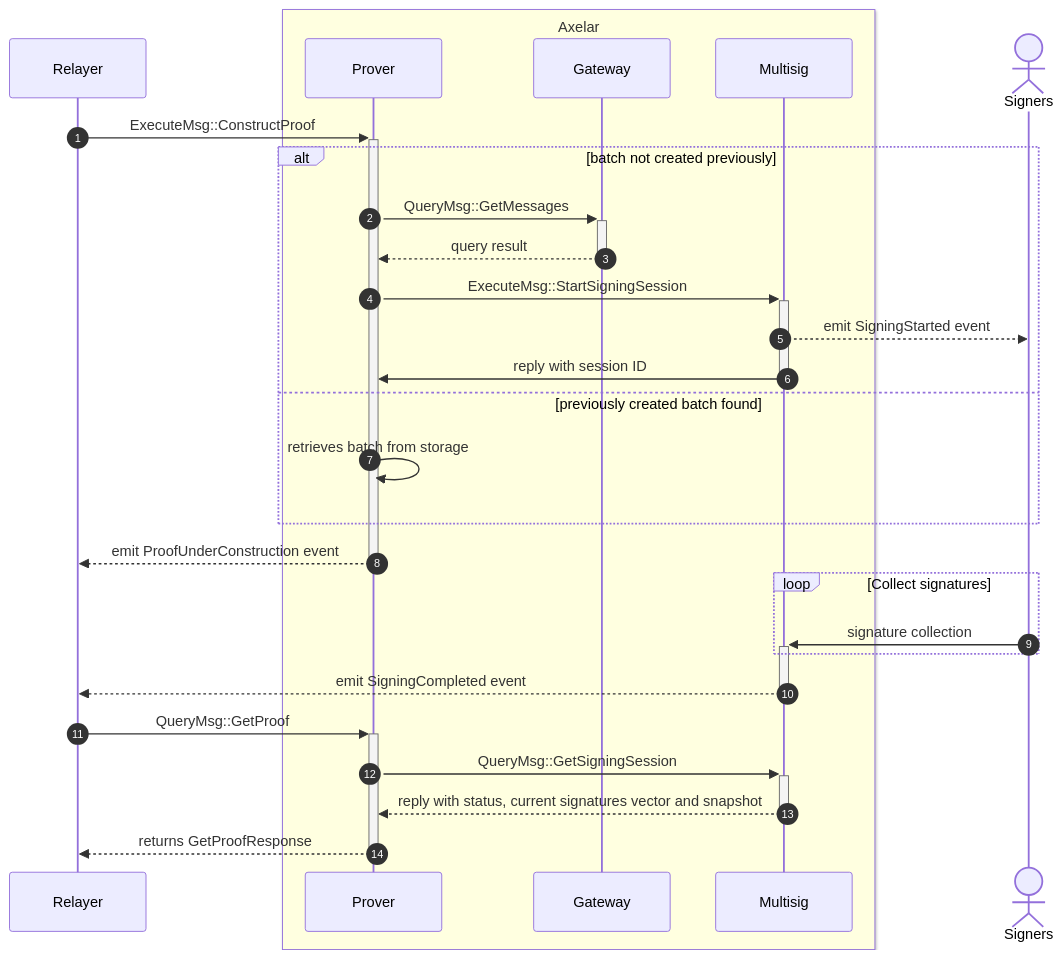
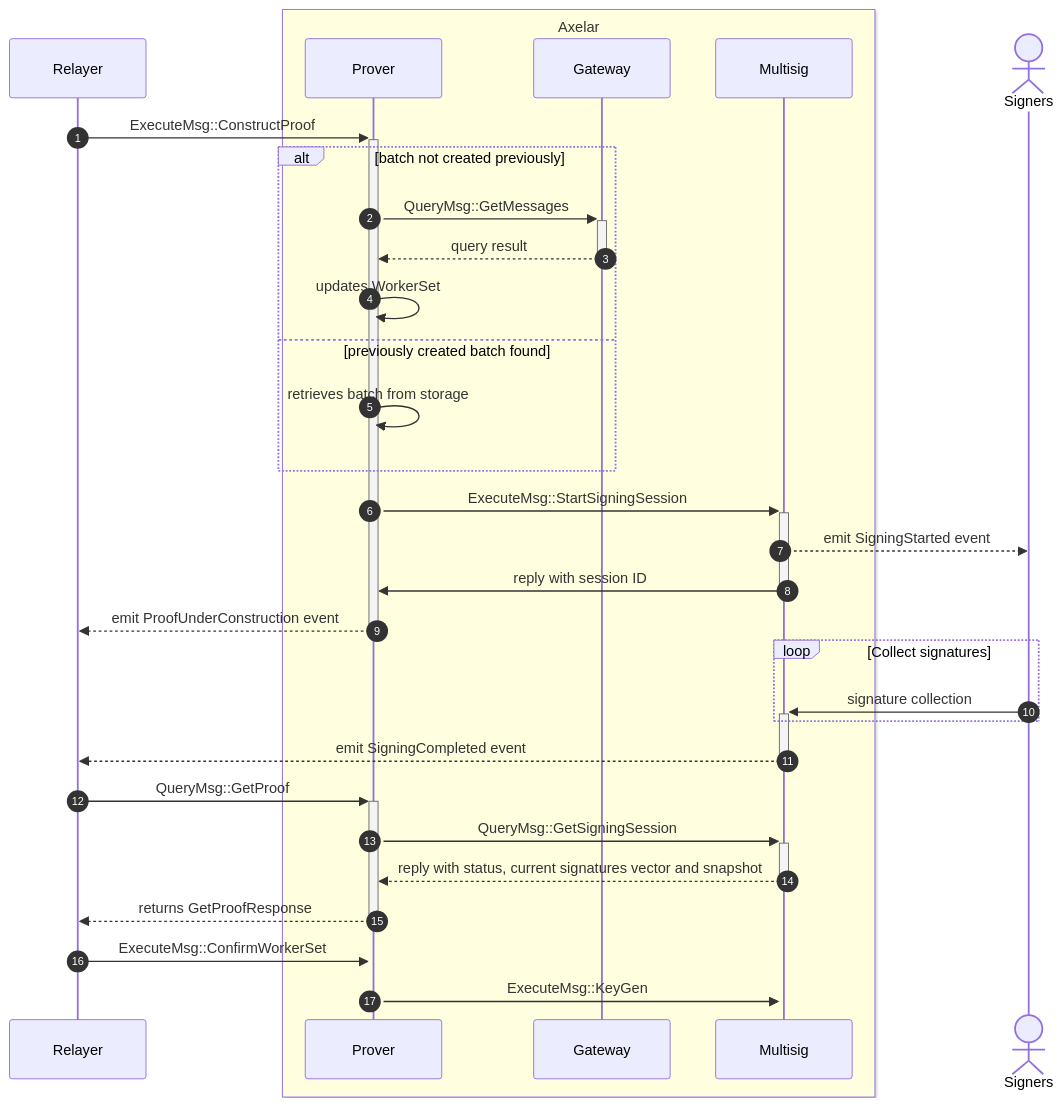
Before and after one commit to axelarnetwork/axelar-amplifier: the second of 2 diagrams in doc/src/contracts/multisig_prover.md, drawn with Mermaid. The commit also changed other lines of this file, not shown here.

Commit message:
Add WorkerSet update process to docs

````diff
--- a/doc/src/contracts/multisig_prover.md
+++ b/doc/src/contracts/multisig_prover.md
@@ -29,32 +29,35 @@
 ```mermaid
 sequenceDiagram
 autonumber
 participant Relayer
 box LightYellow Axelar
 participant Prover
 participant Gateway
 participant Multisig
 end
 actor Signers
 
 Relayer->>+Prover: ExecuteMsg::ConstructProof
 alt batch not created previously
   Prover->>+Gateway: QueryMsg::GetMessages
   Gateway-->>-Prover: query result
-  Prover->>+Multisig: ExecuteMsg::StartSigningSession
-  Multisig-->>Signers: emit SigningStarted event
-  Multisig->>-Prover: reply with session ID
+  Prover->>Prover: updates WorkerSet
 else previously created batch found
   Prover->>Prover: retrieves batch from storage
 end
+Prover->>+Multisig: ExecuteMsg::StartSigningSession
+Multisig-->>Signers: emit SigningStarted event
+Multisig->>-Prover: reply with session ID
 Prover-->>Relayer: emit ProofUnderConstruction event
 deactivate Prover
 loop Collect signatures
 	Signers->>+Multisig: signature collection
 end
 Multisig-->>-Relayer: emit SigningCompleted event
 Relayer->>+Prover: QueryMsg::GetProof
 Prover->>+Multisig: QueryMsg::GetSigningSession
 Multisig-->>-Prover: reply with status, current signatures vector and snapshot
 Prover-->>-Relayer: returns GetProofResponse
+Relayer->>+Prover: ExecuteMsg::ConfirmWorkerSet
+Prover->>+Multisig: ExecuteMsg::KeyGen
 ```
````
